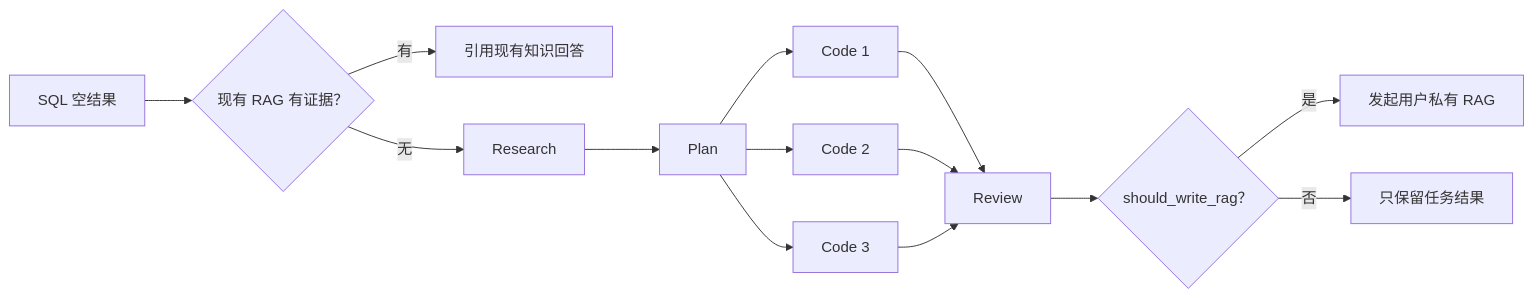
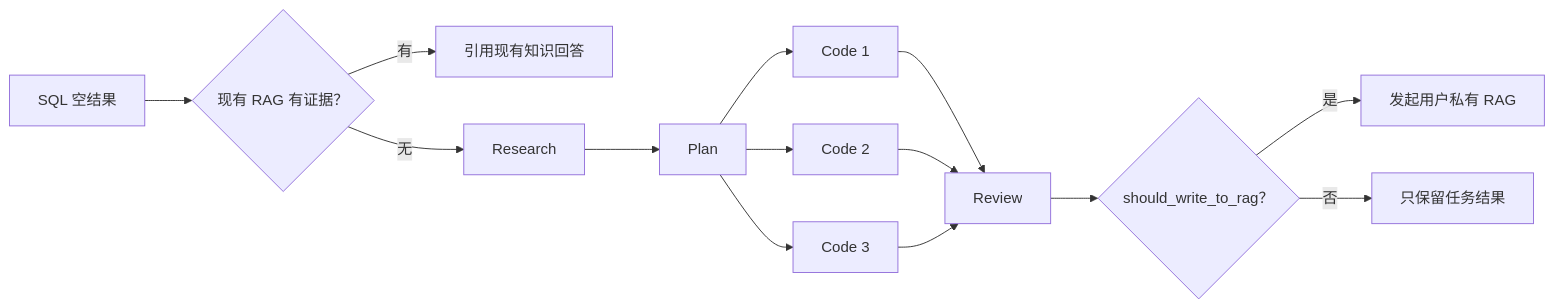
One commit to Gloria668866/ev-market-lens changed the second of 2 diagrams in docs/technical-design.md. Above: the diagram before and after it, drawn with Mermaid. The commit also changed other lines of this file and 6 other files, not shown here.

````diff
--- a/docs/technical-design.md
+++ b/docs/technical-design.md
@@ -247,16 +247,16 @@
 ```mermaid
 flowchart LR
     EMPTY["SQL 空结果"] --> EXISTING{"现有 RAG 有证据？"}
     EXISTING -->|有| ANSWER["引用现有知识回答"]
     EXISTING -->|无| RESEARCH["Research"]
     RESEARCH --> PLAN["Plan"]
     PLAN --> C1["Code 1"]
     PLAN --> C2["Code 2"]
     PLAN --> C3["Code 3"]
     C1 --> REVIEW["Review"]
     C2 --> REVIEW
     C3 --> REVIEW
-    REVIEW --> CHECK{"should_write_rag？"}
+    REVIEW --> CHECK{"should_write_to_rag？"}
     CHECK -->|是| PRIVATE["发起用户私有 RAG"]
     CHECK -->|否| RESULT["只保留任务结果"]
 ```
````
